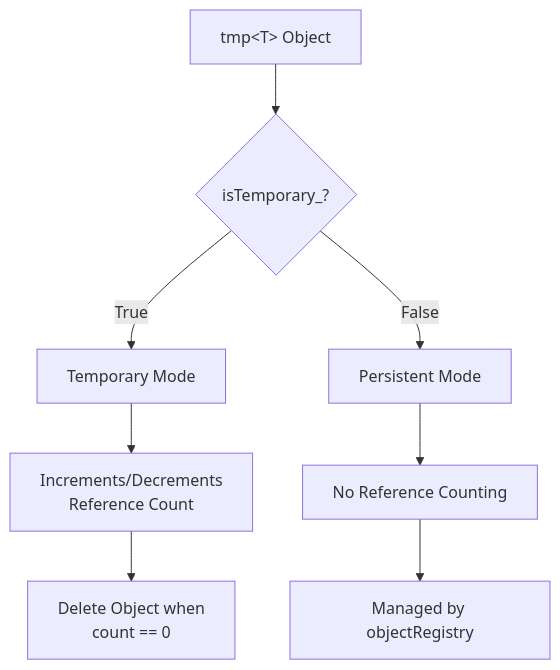
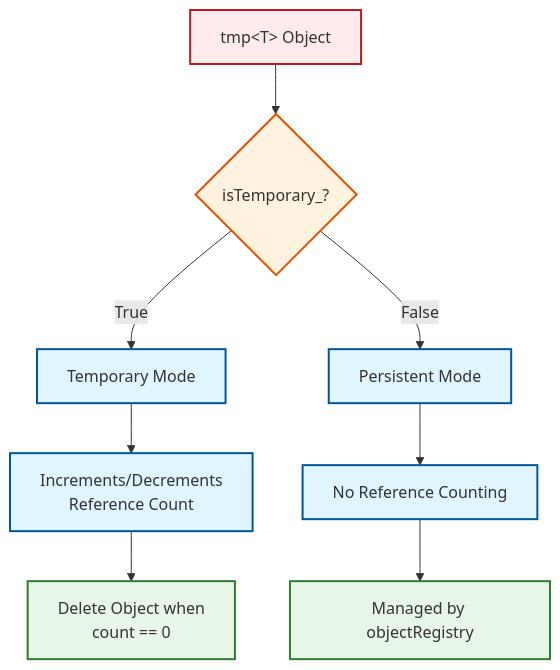
One commit to wramet/build-my-cfd changed the diagram in MODULE_09_ADVANCED_TOPICS/CONTENT/04_MEMORY_MANAGEMENT/02_Memory_Syntax_and_Design.md. Above: the diagram before and after it, drawn with Mermaid. The commit also changed 313 other files, not shown here.

Commit message:
Revise all diagram

````diff
--- a/MODULE_09_ADVANCED_TOPICS/CONTENT/04_MEMORY_MANAGEMENT/02_Memory_Syntax_and_Design.md
+++ b/MODULE_09_ADVANCED_TOPICS/CONTENT/04_MEMORY_MANAGEMENT/02_Memory_Syntax_and_Design.md
@@ -157,12 +157,14 @@
 ```mermaid
 graph TD
-    A[tmp&lt;T&gt; Object] --> B{isTemporary_?}
-    B -->|True| C[Temporary Mode]
-    B -->|False| D[Persistent Mode]
-
-    C --> E[Increments/Decrements<br/>Reference Count]
-    E --> F[Delete Object when<br/>count == 0]
-
-    D --> G[No Reference Counting]
-    G --> H[Managed by objectRegistry]
+classDef implicit fill:#e1f5fe,stroke:#01579b,stroke-width:2px
+classDef explicit fill:#ffebee,stroke:#b71c1c,stroke-width:2px
+classDef success fill:#e8f5e9,stroke:#2e7d32,stroke-width:2px
+classDef warning fill:#fff3e0,stroke:#e65100,stroke-width:2px
+A[tmp&lt;T&gt; Object]:::explicit --> B{isTemporary_?}:::warning
+B -->|True| C[Temporary Mode]:::implicit
+B -->|False| D[Persistent Mode]:::implicit
+C --> E[Increments/Decrements<br/>Reference Count]:::implicit
+E --> F[Delete Object when<br/>count == 0]:::success
+D --> G[No Reference Counting]:::implicit
+G --> H[Managed by objectRegistry]:::success
 ```
````
